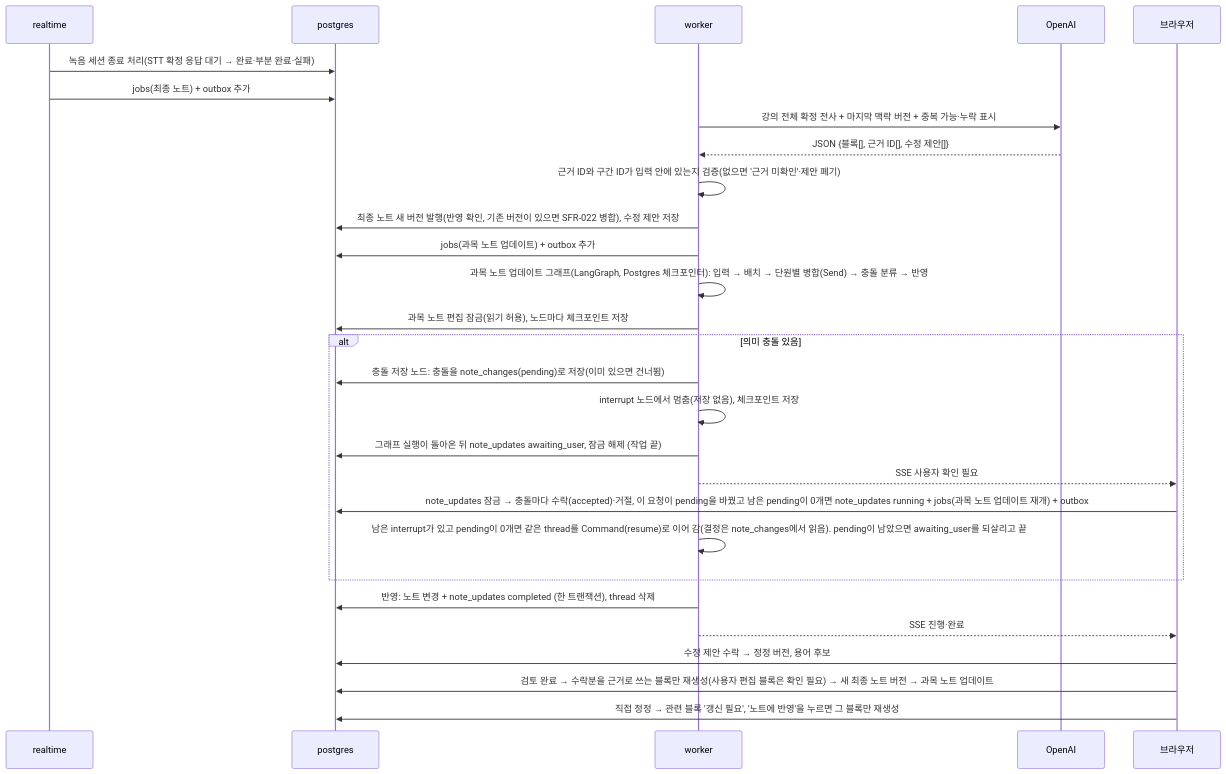
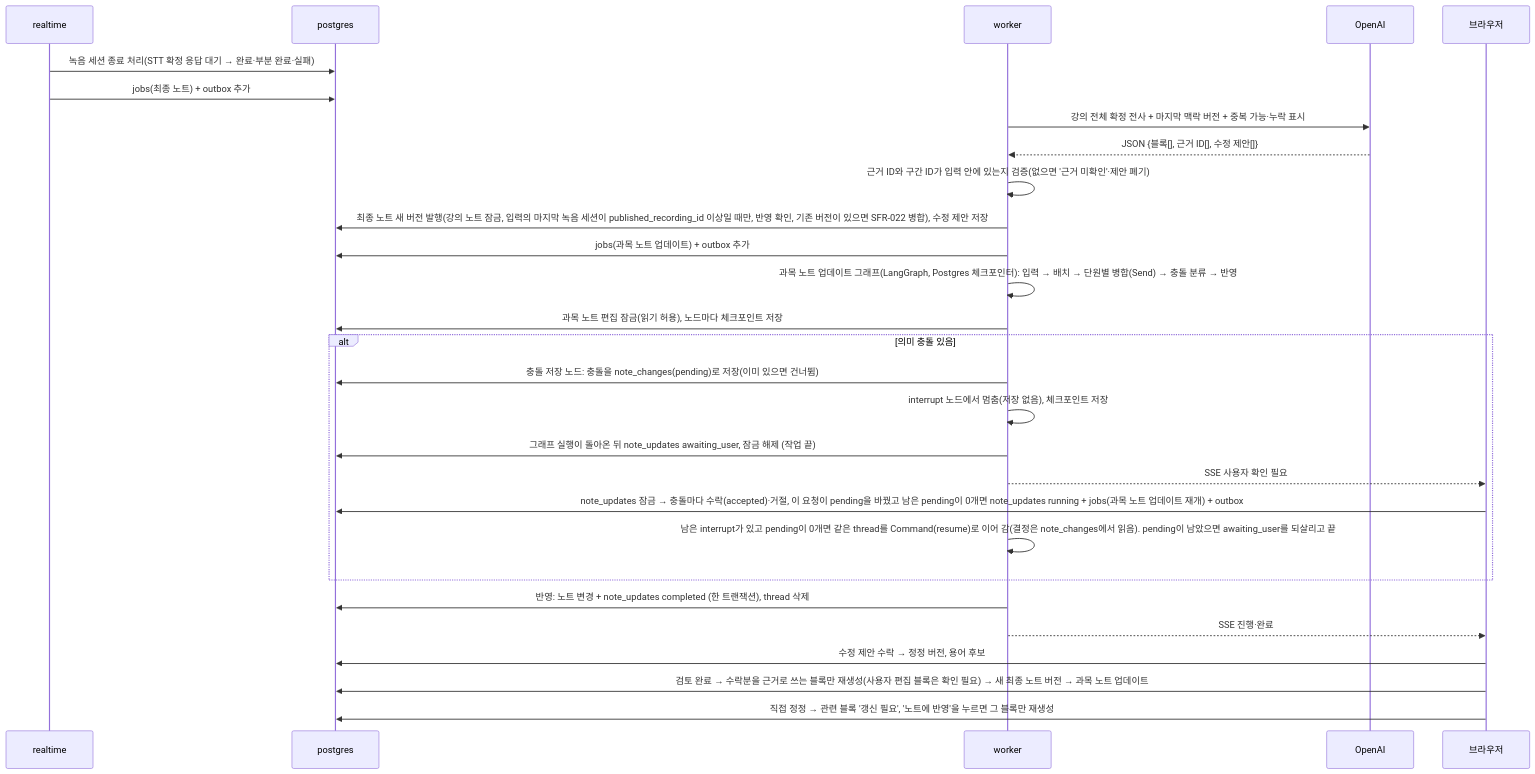
One commit to MinGyu-Kim0/notree changed the sixth of 11 diagrams in docs/architecture.md. Above: the diagram before and after it, drawn with Mermaid. The commit also changed other lines of this file and 3 other files, not shown here.

````diff
--- a/docs/architecture.md
+++ b/docs/architecture.md
@@ -190,30 +190,30 @@
 ```mermaid
 sequenceDiagram
   participant R as realtime
   participant P as postgres
   participant K as worker
   participant CL as OpenAI
   participant B as 브라우저
   R->>P: 녹음 세션 종료 처리(STT 확정 응답 대기 → 완료·부분 완료·실패)
   R->>P: jobs(최종 노트) + outbox 추가
   K->>CL: 강의 전체 확정 전사 + 마지막 맥락 버전 + 중복 가능·누락 표시
   CL-->>K: JSON {블록[], 근거 ID[], 수정 제안[]}
   K->>K: 근거 ID와 구간 ID가 입력 안에 있는지 검증(없으면 '근거 미확인'·제안 폐기)
-  K->>P: 최종 노트 새 버전 발행(반영 확인, 기존 버전이 있으면 SFR-022 병합), 수정 제안 저장
+  K->>P: 최종 노트 새 버전 발행(강의 노트 잠금, 입력의 마지막 녹음 세션이 published_recording_id 이상일 때만, 반영 확인, 기존 버전이 있으면 SFR-022 병합), 수정 제안 저장
   K->>P: jobs(과목 노트 업데이트) + outbox 추가
   K->>K: 과목 노트 업데이트 그래프(LangGraph, Postgres 체크포인터): 입력 → 배치 → 단원별 병합(Send) → 충돌 분류 → 반영
   K->>P: 과목 노트 편집 잠금(읽기 허용), 노드마다 체크포인트 저장
   alt 의미 충돌 있음
     K->>P: 충돌 저장 노드: 충돌을 note_changes(pending)로 저장(이미 있으면 건너뜀)
     K->>K: interrupt 노드에서 멈춤(저장 없음), 체크포인트 저장
     K->>P: 그래프 실행이 돌아온 뒤 note_updates awaiting_user, 잠금 해제 (작업 끝)
     K-->>B: SSE 사용자 확인 필요
     B->>P: note_updates 잠금 → 충돌마다 수락(accepted)·거절, 이 요청이 pending을 바꿨고 남은 pending이 0개면 note_updates running + jobs(과목 노트 업데이트 재개) + outbox
     K->>K: 남은 interrupt가 있고 pending이 0개면 같은 thread를 Command(resume)로 이어 감(결정은 note_changes에서 읽음). pending이 남았으면 awaiting_user를 되살리고 끝
   end
   K->>P: 반영: 노트 변경 + note_updates completed (한 트랜잭션), thread 삭제
   K-->>B: SSE 진행·완료
   B->>P: 수정 제안 수락 → 정정 버전, 용어 후보
   B->>P: 검토 완료 → 수락분을 근거로 쓰는 블록만 재생성(사용자 편집 블록은 확인 필요) → 새 최종 노트 버전 → 과목 노트 업데이트
   B->>P: 직접 정정 → 관련 블록 '갱신 필요', '노트에 반영'을 누르면 그 블록만 재생성
 ```
````
